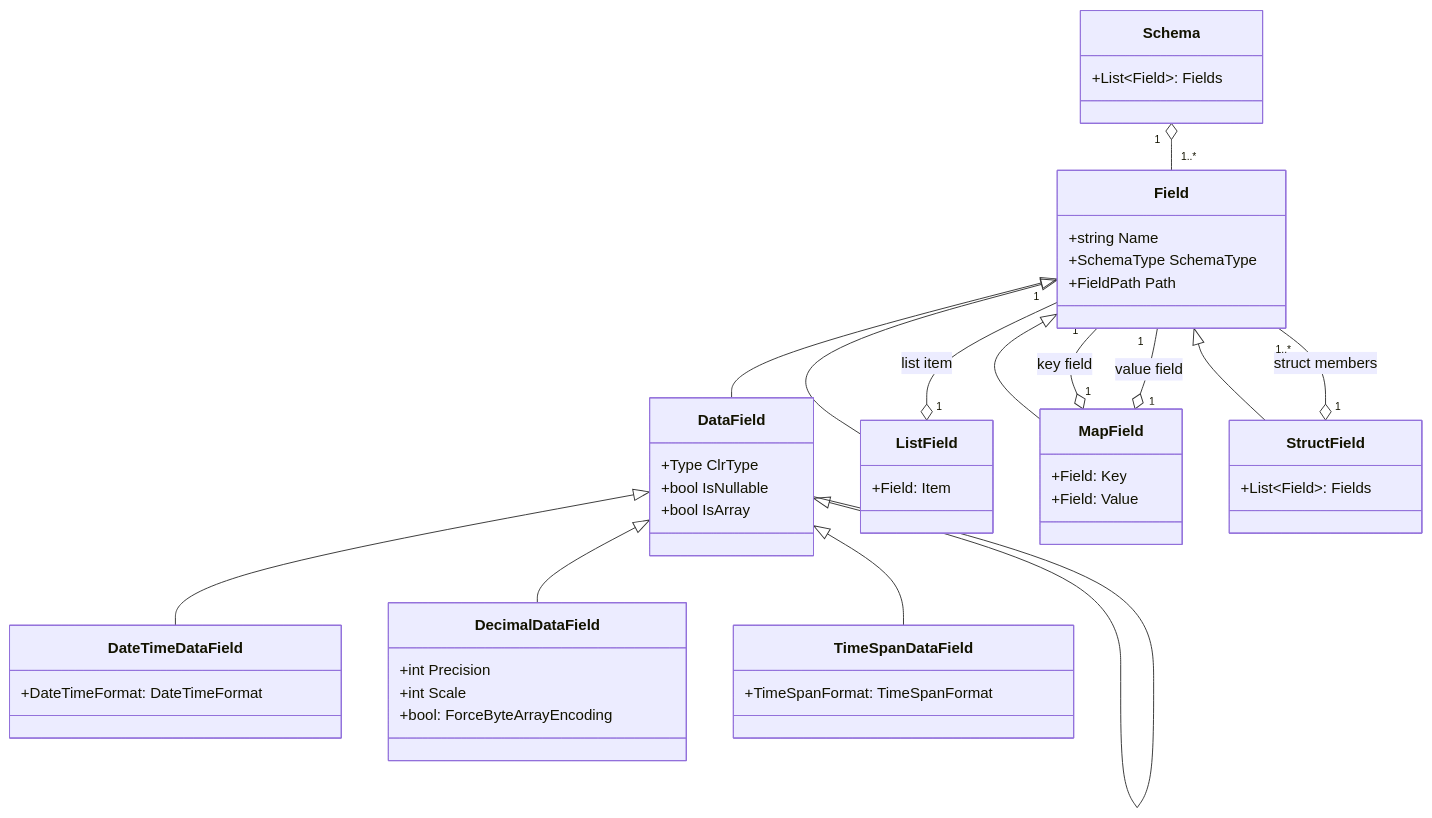
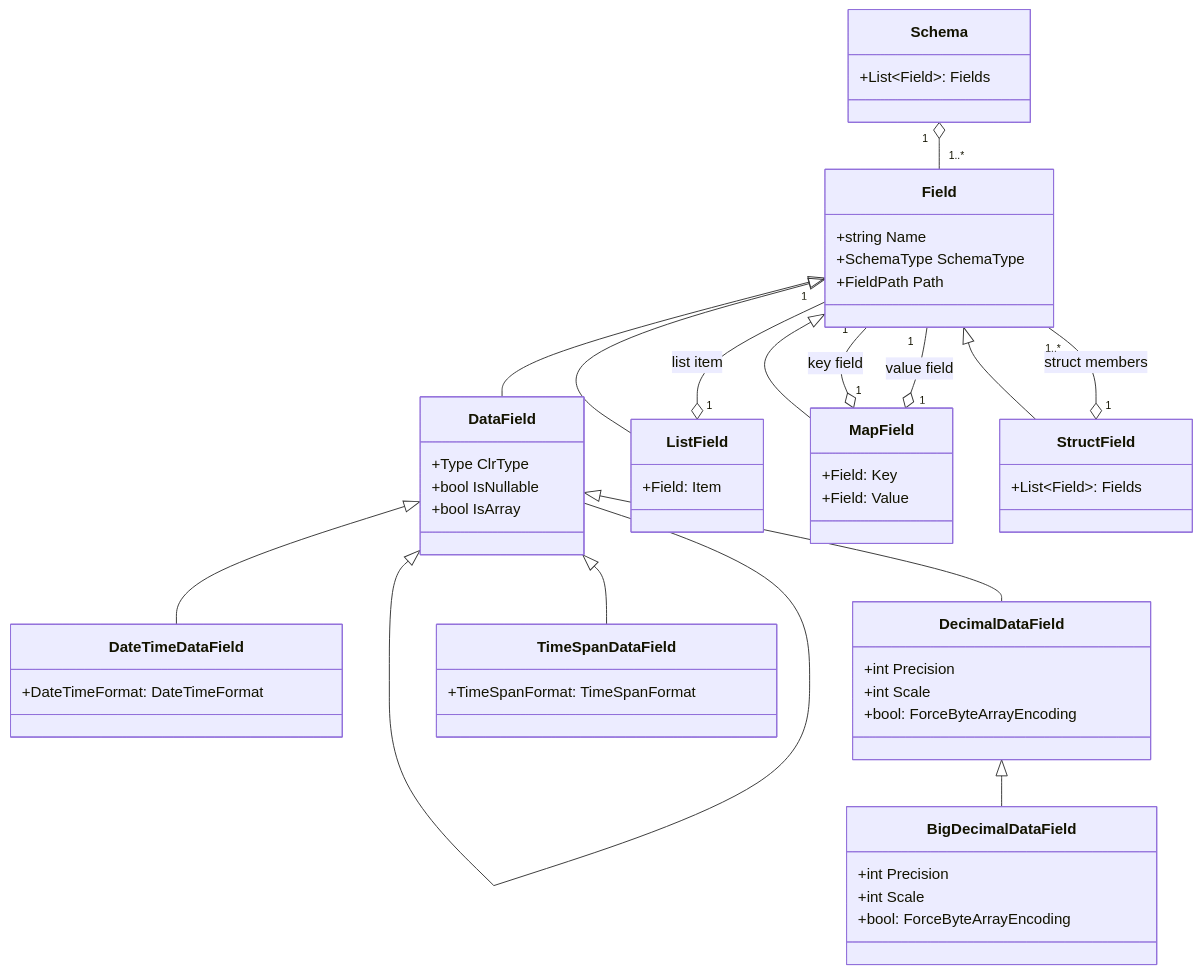
Before and after one commit to aloneguid/parquet-dotnet: the second of 5 diagrams in docs/README.md, drawn with Mermaid. The commit also changed 12 other files, not shown here.

First line of the commit message:
Continuation on BigDecimal work (#700)

````diff
--- a/docs/README.md
+++ b/docs/README.md
@@ -535,67 +535,74 @@
 ```mermaid
 classDiagram
     Schema "1" o-- "1..*" Field
     Field <|-- DataField
     DataField <|-- DataField~T~
     DataField <|-- DateTimeDataField
     DataField <|-- DecimalDataField
+    DecimalDataField <|-- BigDecimalDataField
     DataField <|-- TimeSpanDataField
     
     Field <|-- ListField
     Field "1" --o "1" ListField: list item
 
     Field <|-- MapField
     Field "1" --o "1" MapField: key field
     Field "1" --o "1" MapField: value field
 
     Field <|-- StructField
     Field "1..*" --o "1" StructField: struct members
 
 
     class Schema {
         +List~Field~: Fields
     }
 
     class Field {
         +string Name
         +SchemaType SchemaType
         +FieldPath Path
     }
 
     class DataField {
         +Type ClrType
         +bool IsNullable
         +bool IsArray
     }
 
     class DataField~T~{
         
     }
 
     class DateTimeDataField {
         +DateTimeFormat: DateTimeFormat
     }
 
     class DecimalDataField {
         +int Precision
         +int Scale
         +bool: ForceByteArrayEncoding
     }
+    
+    class BigDecimalDataField {
+        +int Precision
+        +int Scale
+        +bool: ForceByteArrayEncoding
+    }
 
     class TimeSpanDataField {
         +TimeSpanFormat: TimeSpanFormat
     }
 
     class ListField {
         +Field: Item
     }
 
     class MapField {
         +Field: Key
         +Field: Value
     }
 
     class StructField {
         +List~Field~: Fields
     }
 ```
````
